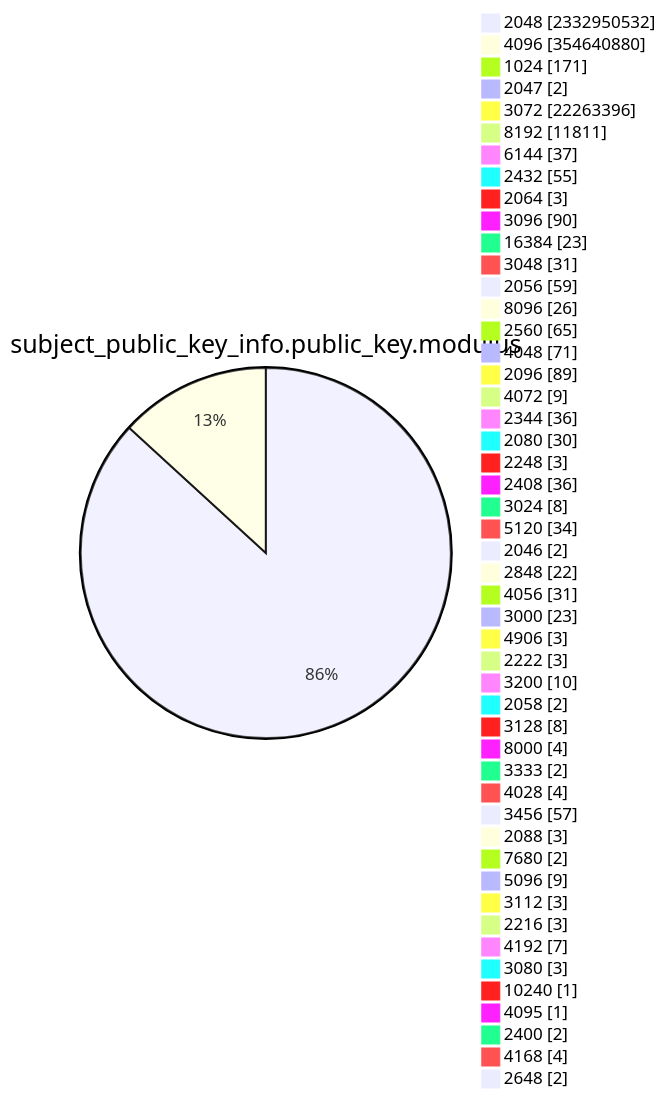
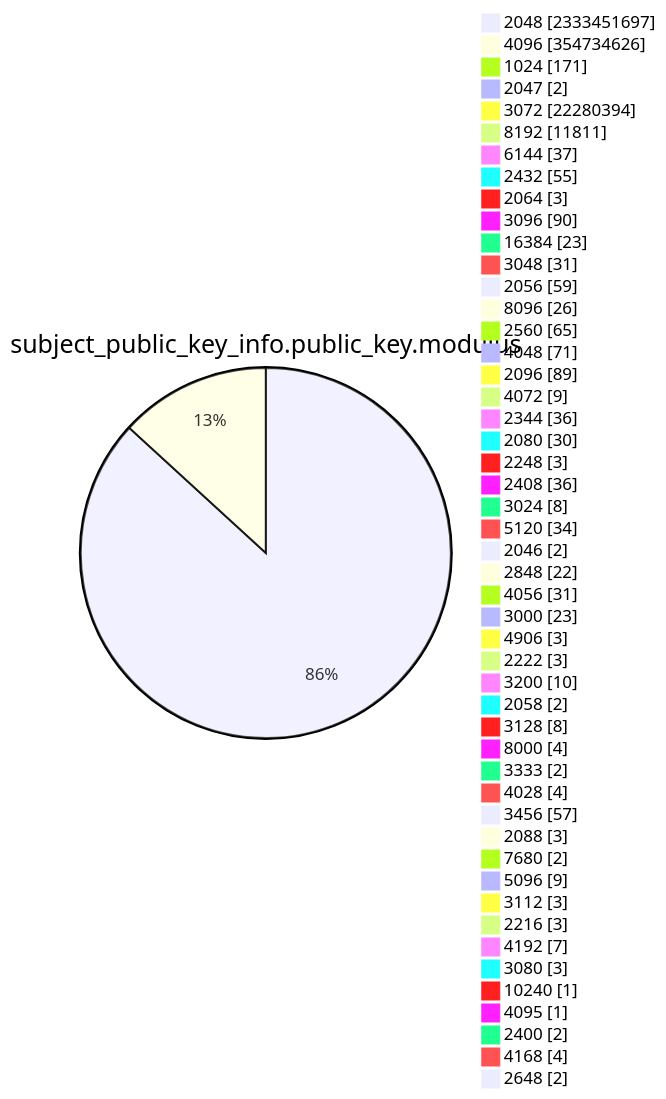
Before and after one commit to christiankrug/ctmonitor_visualization: diagram 13 of 15 in TOTAL/README.md, drawn with Mermaid. The commit also changed other lines of this file, not shown here.

````diff
--- a/TOTAL/README.md
+++ b/TOTAL/README.md
@@ -4167,53 +4167,53 @@
 ```mermaid
 pie showData
 title subject_public_key_info.public_key.modulus
-"2048" :2332950532
-"4096" :354640880
+"2048" :2333451697
+"4096" :354734626
 "1024" :171
 "2047" :2
-"3072" :22263396
+"3072" :22280394
 "8192" :11811
 "6144" :37
 "2432" :55
 "2064" :3
 "3096" :90
 "16384" :23
 "3048" :31
 "2056" :59
 "8096" :26
 "2560" :65
 "4048" :71
 "2096" :89
 "4072" :9
 "2344" :36
 "2080" :30
 "2248" :3
 "2408" :36
 "3024" :8
 "5120" :34
 "2046" :2
 "2848" :22
 "4056" :31
 "3000" :23
 "4906" :3
 "2222" :3
 "3200" :10
 "2058" :2
 "3128" :8
 "8000" :4
 "3333" :2
 "4028" :4
 "3456" :57
 "2088" :3
 "7680" :2
 "5096" :9
 "3112" :3
 "2216" :3
 "4192" :7
 "3080" :3
 "10240" :1
 "4095" :1
 "2400" :2
 "4168" :4
 "2648" :2
 ```
````
